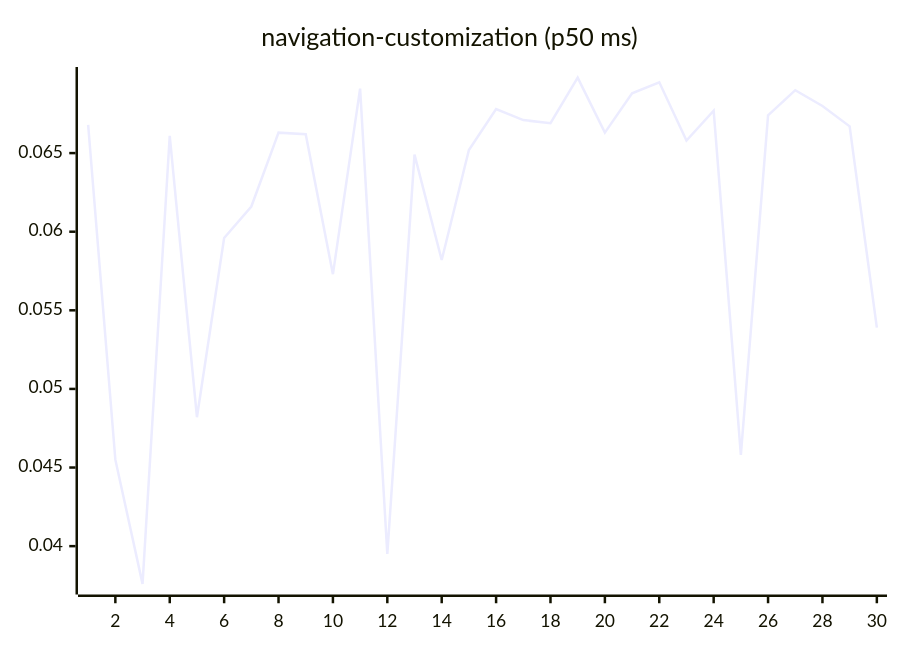
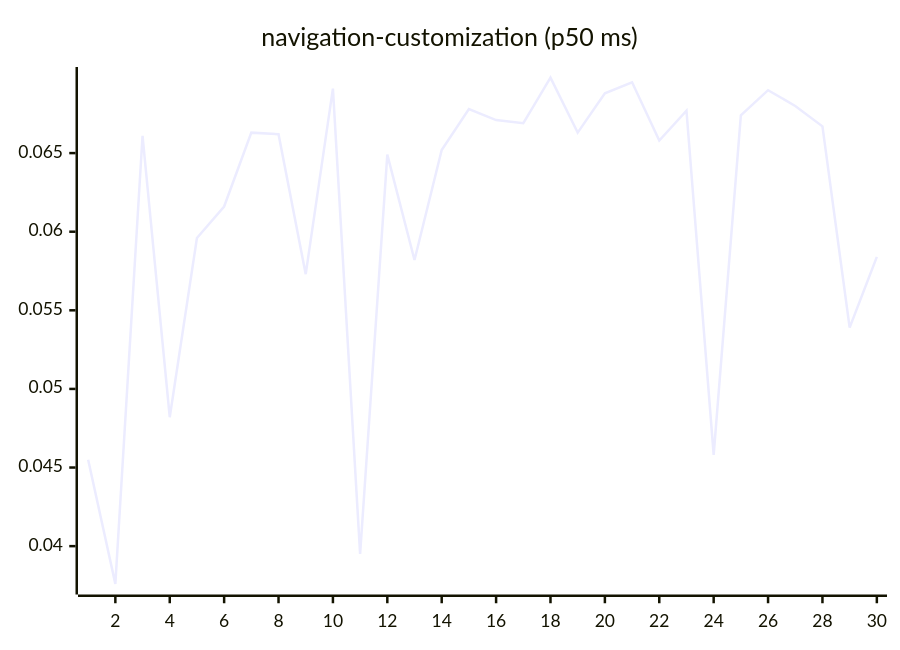
One commit to josha/Facet changed diagram 15 of 27 in README.md. Above: the diagram before and after it, drawn with Mermaid. The commit also changed other lines of this file and 2 other files, not shown here.

````diff
--- a/README.md
+++ b/README.md
@@ -161,6 +161,6 @@
 ```mermaid
 xychart-beta
     title "navigation-customization (p50 ms)"
     x-axis 1 --> 30
-    line [0.0668, 0.0455, 0.0376, 0.0661, 0.0482, 0.0596, 0.0616, 0.0663, 0.0662, 0.0573, 0.0691, 0.0395, 0.0649, 0.0582, 0.0652, 0.0678, 0.0671, 0.0669, 0.0698, 0.0663, 0.0688, 0.0695, 0.0658, 0.0677, 0.0458, 0.0674, 0.0690, 0.0680, 0.0667, 0.0539]
+    line [0.0455, 0.0376, 0.0661, 0.0482, 0.0596, 0.0616, 0.0663, 0.0662, 0.0573, 0.0691, 0.0395, 0.0649, 0.0582, 0.0652, 0.0678, 0.0671, 0.0669, 0.0698, 0.0663, 0.0688, 0.0695, 0.0658, 0.0677, 0.0458, 0.0674, 0.0690, 0.0680, 0.0667, 0.0539, 0.0584]
 ```
````
